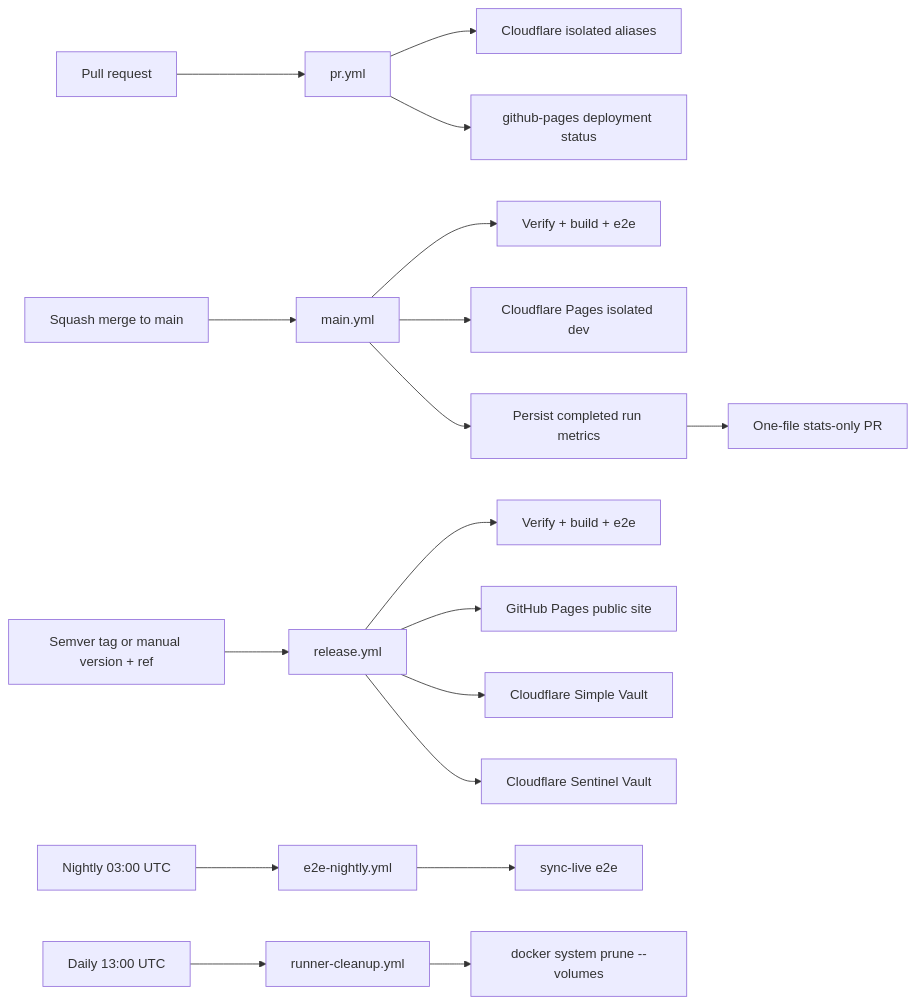
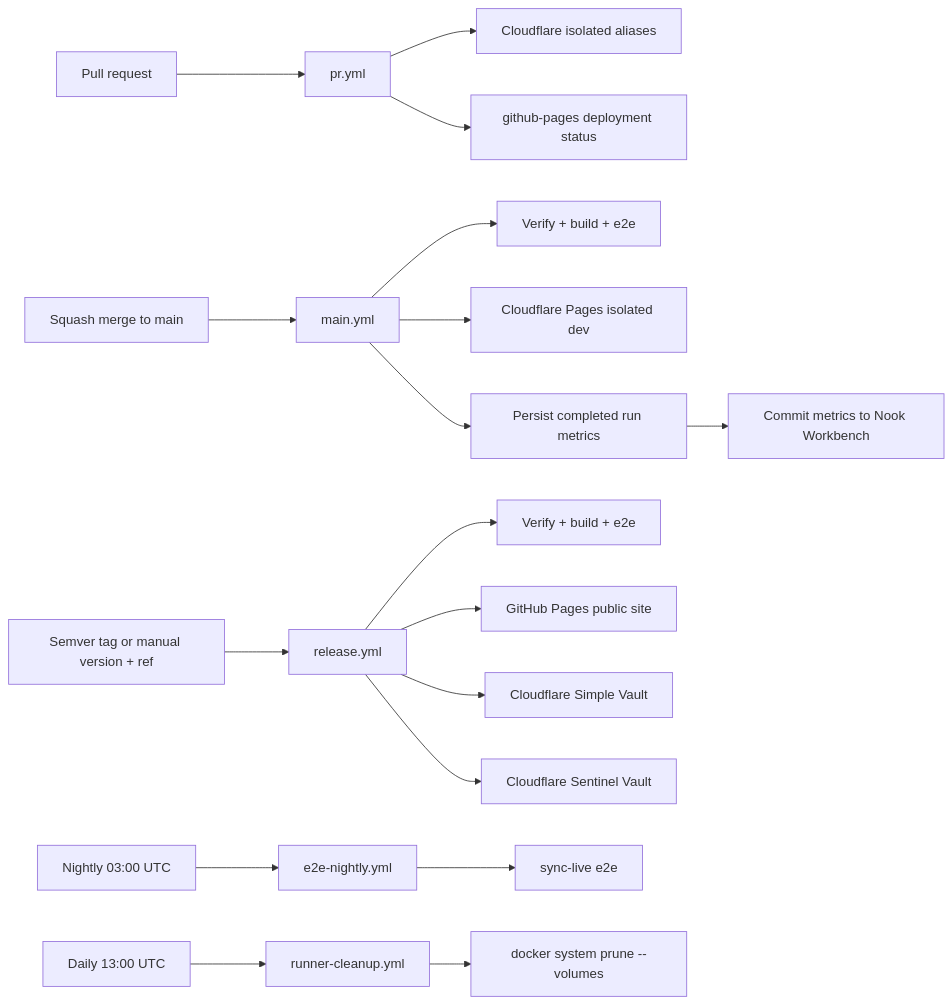
Before and after one commit to meta-secret/nook: the diagram in .cortex/workflows/ci-pipeline.md, drawn with Mermaid. The commit also changed other lines of this file and 178 other files, not shown here.

Commit message:
Migrate development context to Nook Workbench

````diff
--- a/.cortex/workflows/ci-pipeline.md
+++ b/.cortex/workflows/ci-pipeline.md
@@ -28,24 +26,24 @@
 ```mermaid
 flowchart LR
   PR[Pull request] --> pr_yml[pr.yml]
   pr_yml --> preview[Cloudflare isolated aliases]
   pr_yml --> pr_deployment[github-pages deployment status]
 
   merge[Squash merge to main] --> main_yml[main.yml]
   main_yml --> main_verify[Verify + build + e2e]
   main_yml --> cf_dev[Cloudflare Pages isolated dev]
   main_yml --> main_stats[Persist completed run metrics]
-  main_stats --> stats_only[One-file stats-only PR]
+  main_stats --> workbench_stats[Commit metrics to Nook Workbench]
 
   release[Semver tag or manual version + ref] --> release_yml[release.yml]
   release_yml --> release_verify[Verify + build + e2e]
   release_yml --> pages[GitHub Pages public site]
   release_yml --> simple_cf[Cloudflare Simple Vault]
   release_yml --> sentinel_cf[Cloudflare Sentinel Vault]
 
   cron[Nightly 03:00 UTC] --> nightly[e2e-nightly.yml]
   nightly --> e2e_live[sync-live e2e]
 
   cleanup_cron[Daily 13:00 UTC] --> cleanup[runner-cleanup.yml]
   cleanup --> docker_prune["docker system prune --volumes"]
 ```
````
